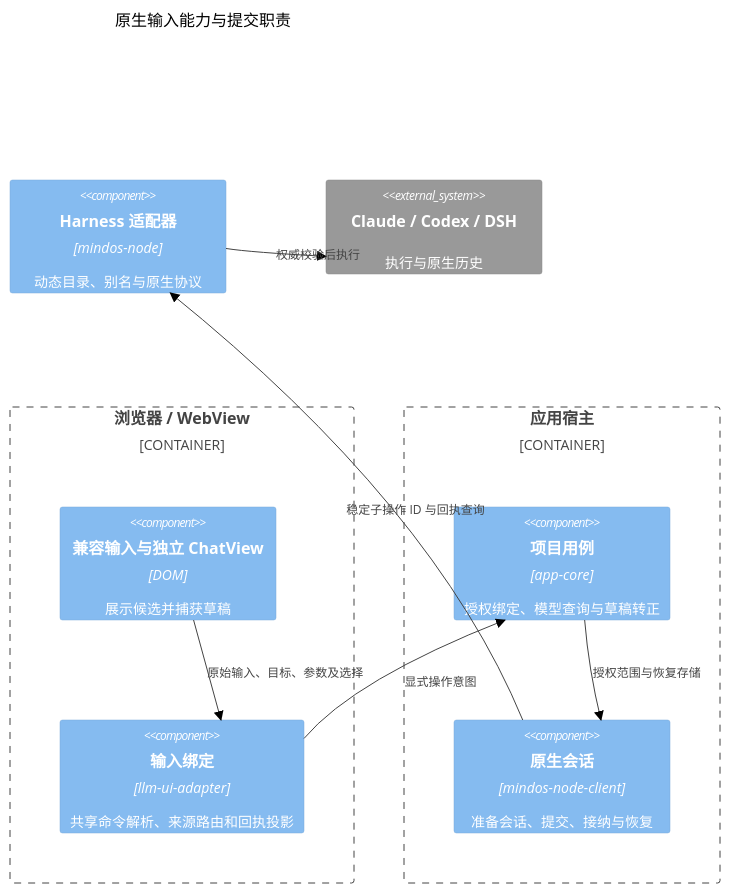
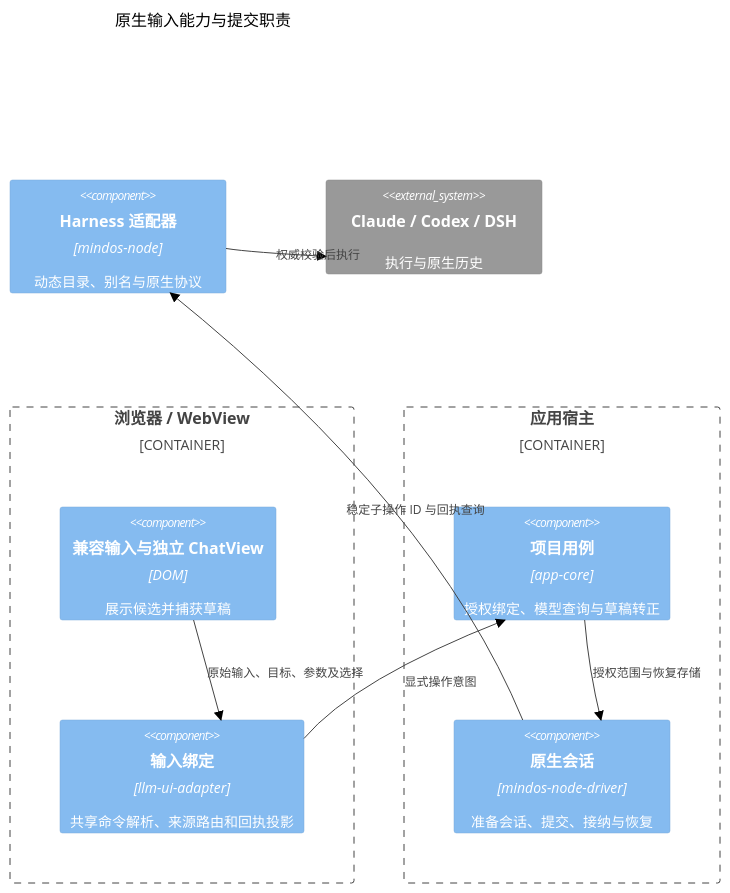
One commit to mushuanli/NestOS changed the sixth of 6 diagrams in doc/design/llm-ui-independent-module.md. Above: the diagram before and after it, drawn with Mermaid (forest theme). The commit also changed other lines of this file and 78 other files, not shown here.

Commit message:
refactor(mindos-node-driver): unify workspace naming and repository references

````diff
--- a/doc/design/llm-ui-independent-module.md
+++ b/doc/design/llm-ui-independent-module.md
@@ -317,19 +317,19 @@
 ```mermaid
 C4Component
     title 原生输入能力与提交职责
     Container_Boundary(ui, "浏览器 / WebView") {
         Component(views, "兼容输入与独立 ChatView", "DOM", "展示候选并捕获草稿")
         Component(binding, "输入绑定", "llm-ui-adapter", "共享命令解析、来源路由和回执投影")
     }
     Container_Boundary(host, "应用宿主") {
         Component(app, "项目用例", "app-core", "授权绑定、模型查询与草稿转正")
-        Component(driver, "原生会话", "mindos-node-client", "准备会话、提交、接纳与恢复")
+        Component(driver, "原生会话", "mindos-node-driver", "准备会话、提交、接纳与恢复")
     }
     Component(native, "Harness 适配器", "mindos-node", "动态目录、别名与原生协议")
     System_Ext(executor, "Claude / Codex / DSH", "执行与原生历史")
     Rel(views, binding, "原始输入、目标、参数及选择")
     Rel(binding, app, "显式操作意图")
     Rel(app, driver, "授权范围与恢复存储")
     Rel(driver, native, "稳定子操作 ID 与回执查询")
     Rel(native, executor, "权威校验后执行")
 ```
````
